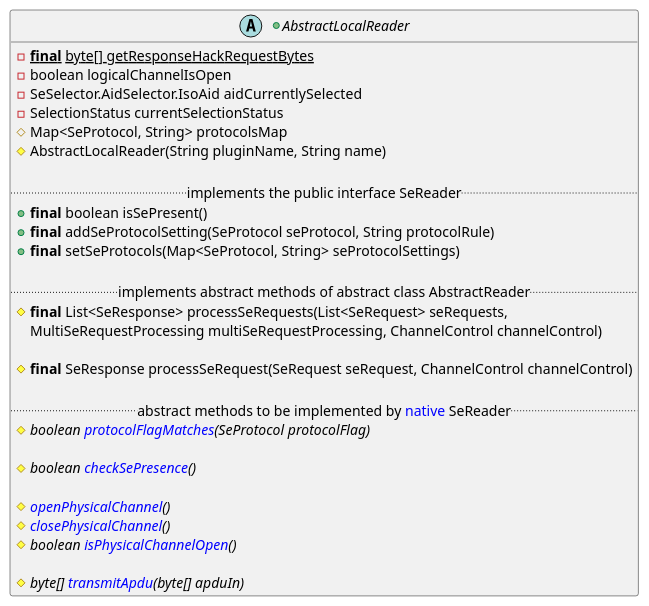
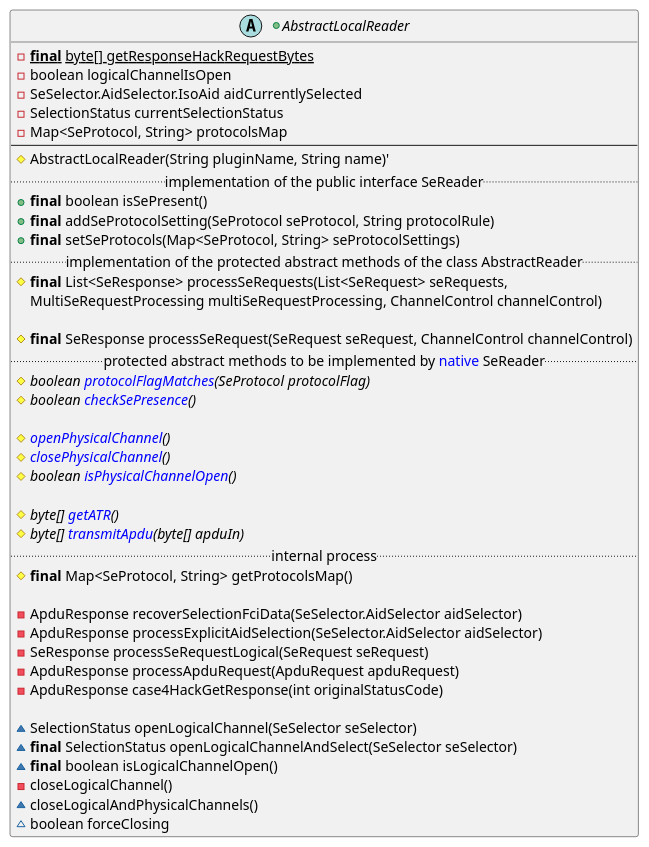
Before and after one commit to calypsonet/keyple: diagram 24 of 26 in src/KeypleCoreApi/PluginApi/puml/KeypleCore-PluginApi-ClassDiag-SE_Proxy-ClassElements.iuml, drawn with PlantUML. The commit also changed other lines of this file and 19 other files, not shown here.

Commit message:
internal plugin API visibility access fixes

```diff
--- a/src/KeypleCoreApi/PluginApi/puml/KeypleCore-PluginApi-ClassDiag-SE_Proxy-ClassElements.iuml
+++ b/src/KeypleCoreApi/PluginApi/puml/KeypleCore-PluginApi-ClassDiag-SE_Proxy-ClassElements.iuml
@@ -493,45 +494,48 @@
 @startuml(id=PLUGIN_LOCALREADER_0_9_0)
 +abstract AbstractLocalReader {
   -{static}<b>final</b> byte[] getResponseHackRequestBytes
   -boolean logicalChannelIsOpen
   -SeSelector.AidSelector.IsoAid aidCurrentlySelected
   -SelectionStatus currentSelectionStatus
 '  -long before
-  #Map<SeProtocol, String> protocolsMap
-  #AbstractLocalReader(String pluginName, String name)
-
-'  -ApduResponse recoverSelectionFciData(SeSelector.AidSelector aidSelector)
-'  -ApduResponse processExplicitAidSelection(SeSelector.AidSelector aidSelector)
-'  -SeResponse processSeRequestLogical(SeRequest seRequest)
-'  -ApduResponse processApduRequest(ApduRequest apduRequest)
-'  -ApduResponse case4HackGetResponse(int originalStatusCode)  #{abstract} byte[] getATR()
-'
-  .. implements the public interface SeReader ..
+  -Map<SeProtocol, String> protocolsMap
+  --
+  #AbstractLocalReader(String pluginName, String name)'
+  .. implementation of the public interface SeReader ..
   +<b>final</b> boolean isSePresent()
   +<b>final</b> addSeProtocolSetting(SeProtocol seProtocol, String protocolRule)
   +<b>final</b> setSeProtocols(Map<SeProtocol, String> seProtocolSettings)
-
-  .. implements abstract methods of abstract class AbstractReader ..
+'
+  .. implementation of the protected abstract methods of the class AbstractReader ..
   #<b>final</b> List<SeResponse> processSeRequests(List<SeRequest> seRequests,
     MultiSeRequestProcessing multiSeRequestProcessing, ChannelControl channelControl)
 
   #<b>final</b> SeResponse processSeRequest(SeRequest seRequest, ChannelControl channelControl)
-
-  .. abstract methods to be implemented by <color:blue>native</color> SeReader ..
+'
+  .. protected abstract methods to be implemented by <color:blue>native</color> SeReader ..
   #{abstract} boolean <color:blue>protocolFlagMatches</color>(SeProtocol protocolFlag)
-
   #{abstract} boolean <color:blue>checkSePresence</color>()
 
   #{abstract} <color:blue>openPhysicalChannel</color>()
   #{abstract} <color:blue>closePhysicalChannel</color>()
   #{abstract} boolean <color:blue>isPhysicalChannelOpen</color>()
 
+  #{abstract} byte[] <color:blue>getATR</color>()
   #{abstract} byte[] <color:blue>transmitApdu</color>(byte[] apduIn)
-'  .. internal ..
-'  ~SelectionStatus openLogicalChannel(SeSelector seSelector)
-'  ~<b>final</b> SelectionStatus openLogicalChannelAndSelect(SeSelector seSelector)
-'  ~<b>final</b> boolean isLogicalChannelOpen()
-'  -closeLogicalChannel()
-'  ~closeLogicalAndPhysicalChannels()
+  .. internal process ..
+  #<b>final</b> Map<SeProtocol, String> getProtocolsMap()
+
+  -ApduResponse recoverSelectionFciData(SeSelector.AidSelector aidSelector)
+  -ApduResponse processExplicitAidSelection(SeSelector.AidSelector aidSelector)
+  -SeResponse processSeRequestLogical(SeRequest seRequest)
+  -ApduResponse processApduRequest(ApduRequest apduRequest)
+  -ApduResponse case4HackGetResponse(int originalStatusCode)
+
+  ~SelectionStatus openLogicalChannel(SeSelector seSelector)
+  ~<b>final</b> SelectionStatus openLogicalChannelAndSelect(SeSelector seSelector)
+  ~<b>final</b> boolean isLogicalChannelOpen()
+  -closeLogicalChannel()
+  ~closeLogicalAndPhysicalChannels()
+  ~boolean forceClosing
 }
 @enduml
```
